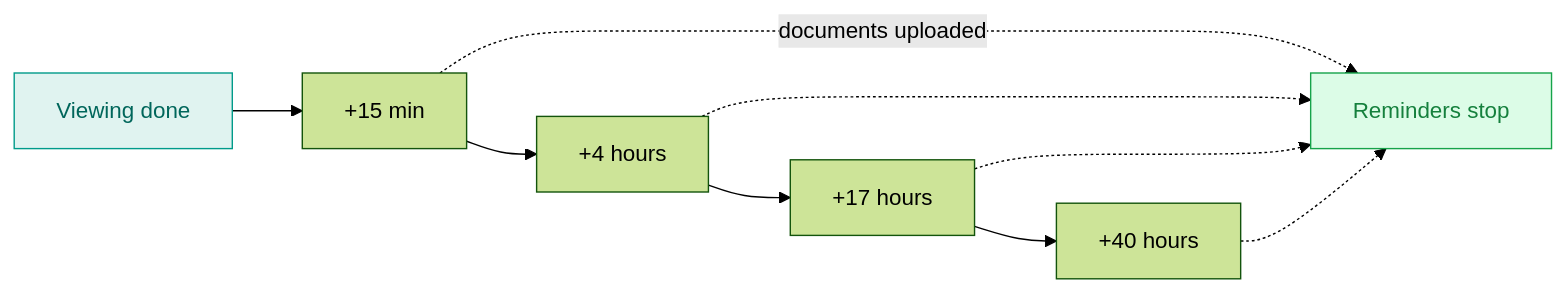
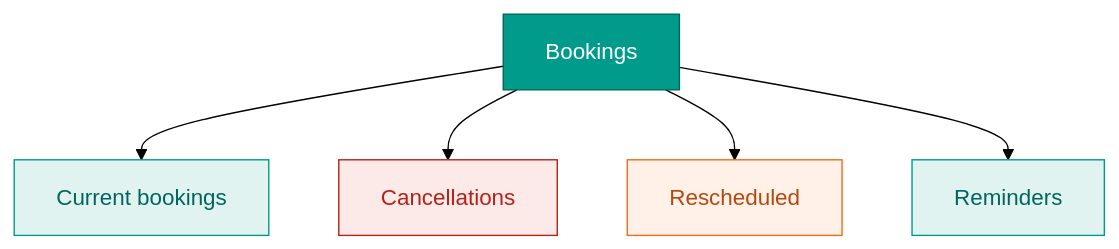
Before and after one commit to ApartmentHub03/ApartmentHub: the sixth of 7 diagrams in docs/ApartmentHub-CRM.md, drawn with Mermaid (forest theme). The commit also changed other lines of this file, not shown here.

````diff
--- a/docs/ApartmentHub-CRM.md
+++ b/docs/ApartmentHub-CRM.md
@@ -193,10 +126,12 @@
 ```mermaid
-flowchart LR
-    V[Viewing done] --> T1[+15 min] --> T2[+4 hours] --> T3[+17 hours] --> T4[+40 hours]
-    T1 -.->|documents uploaded| STOP[Reminders stop]
-    T2 -.-> STOP
-    T3 -.-> STOP
-    T4 -.-> STOP
-    style V fill:#e0f3f0,stroke:#009B8A,color:#00665b
-    style STOP fill:#dcfce7,stroke:#16a34a,color:#15803D
+flowchart TD
+    BK[Bookings] --> CUR[Current bookings]
+    BK --> CAN[Cancellations]
+    BK --> RES[Rescheduled]
+    BK --> REM[Reminders]
+    style BK fill:#009B8A,stroke:#00665b,color:#fff
+    style CUR fill:#e0f3f0,stroke:#009B8A,color:#00665b
+    style CAN fill:#fbeae8,stroke:#B42318,color:#B42318
+    style RES fill:#fff1e8,stroke:#F36B19,color:#b4490f
+    style REM fill:#e0f3f0,stroke:#009B8A,color:#00665b
 ```
````
